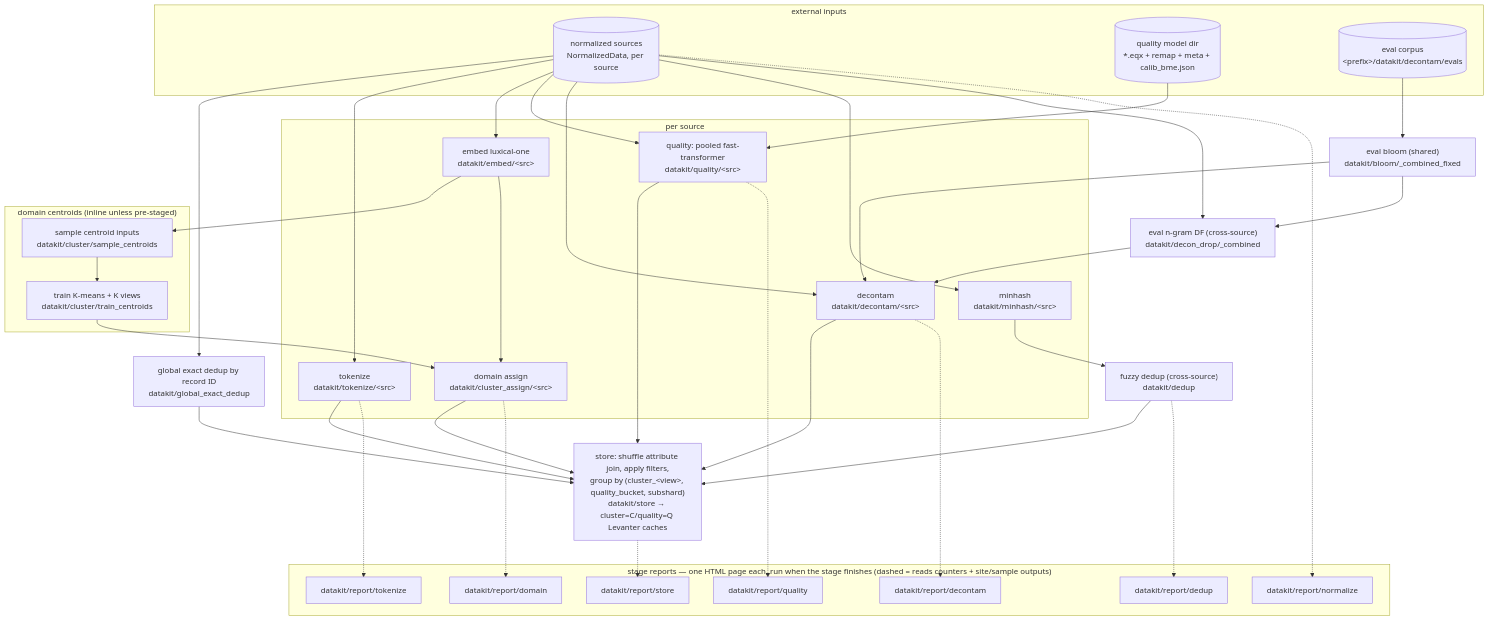
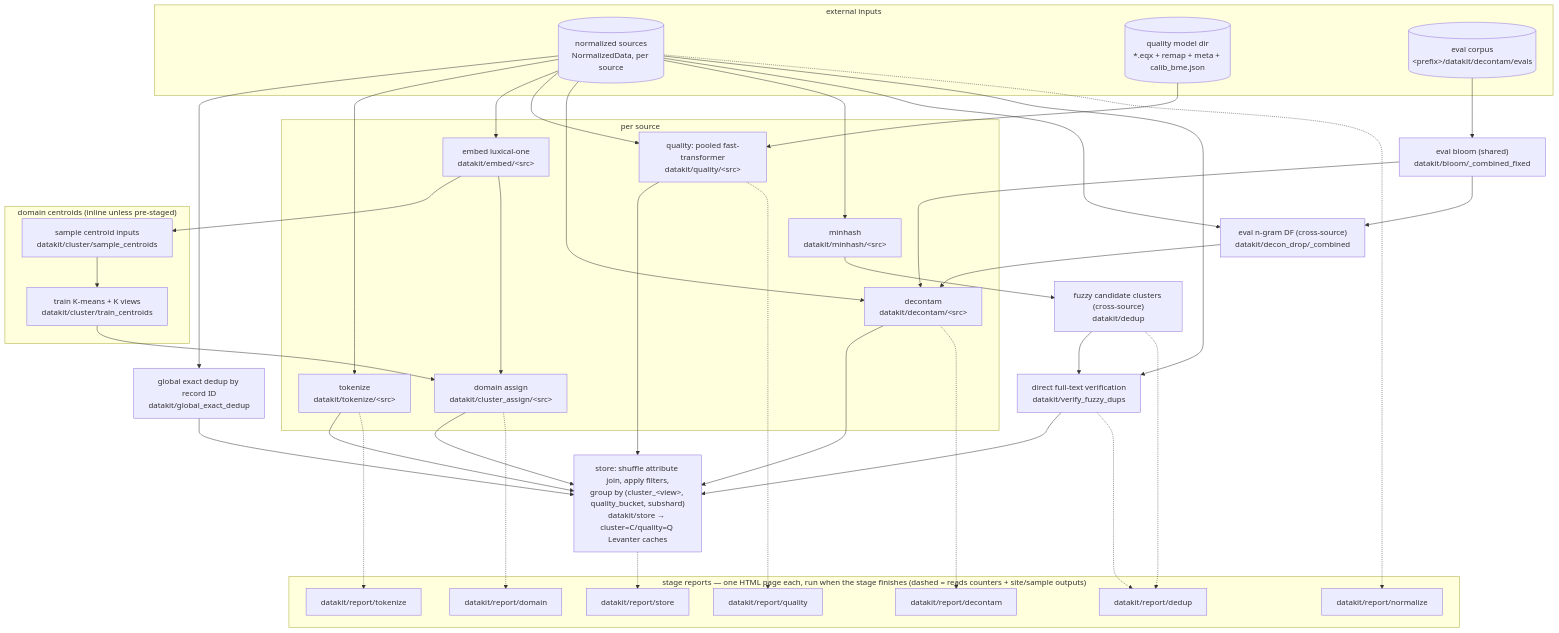
One commit to marin-community/marin changed the diagram in experiments/datakit/README.md. Above: the diagram before and after it, drawn with Mermaid. The commit also changed other lines of this file and 18 other files, not shown here.

First line of the commit message:
[datakit] Verify fuzzy duplicate candidates against text

````diff
--- a/experiments/datakit/README.md
+++ b/experiments/datakit/README.md
@@ -63,66 +67,70 @@
 ```mermaid
 flowchart TD
     subgraph inputs["external inputs"]
         SRC[("normalized sources<br/>NormalizedData, per source")]
         MODEL[("quality model dir<br/>*.eqx + remap + meta + calib_bme.json")]
         EVALS[("eval corpus<br/>&lt;prefix&gt;/datakit/decontam/evals")]
     end
 
     subgraph per_source["per source"]
         TOK["tokenize<br/>datakit/tokenize/&lt;src&gt;"]
         EMB["embed luxical-one<br/>datakit/embed/&lt;src&gt;"]
         ASG["domain assign<br/>datakit/cluster_assign/&lt;src&gt;"]
         QUAL["quality: pooled fast-transformer<br/>datakit/quality/&lt;src&gt;"]
         DECON["decontam<br/>datakit/decontam/&lt;src&gt;"]
         MH["minhash<br/>datakit/minhash/&lt;src&gt;"]
     end
 
     subgraph domain_model["domain centroids (inline unless pre-staged)"]
         SAMP["sample centroid inputs<br/>datakit/cluster/sample_centroids"]
         KM["train K-means + K views<br/>datakit/cluster/train_centroids"]
     end
 
     BLOOM["eval bloom (shared)<br/>datakit/bloom/_combined_fixed"]
     DF["eval n-gram DF (cross-source)<br/>datakit/decon_drop/_combined"]
     EXACT["global exact dedup by record ID<br/>datakit/global_exact_dedup"]
-    DEDUP["fuzzy dedup (cross-source)<br/>datakit/dedup"]
+    DEDUP["fuzzy candidate clusters (cross-source)<br/>datakit/dedup"]
+    VERIFY["direct full-text verification<br/>datakit/verify_fuzzy_dups"]
     STORE["store: shuffle attribute join, apply filters,<br/>group by (cluster_&lt;view&gt;, quality_bucket, subshard)<br/>datakit/store → cluster=C/quality=Q Levanter caches"]
 
     SRC --> EXACT
     SRC --> TOK
     SRC --> EMB
     SRC --> QUAL
     SRC --> DECON
     SRC --> MH
     MODEL --> QUAL
     EVALS --> BLOOM --> DF --> DECON
     SRC --> DF
     BLOOM --> DECON
     EMB --> SAMP --> KM --> ASG
     EMB --> ASG
     MH --> DEDUP
+    SRC --> VERIFY
+    DEDUP --> VERIFY
     TOK --> STORE
     ASG --> STORE
     QUAL --> STORE
     DECON --> STORE
     EXACT --> STORE
-    DEDUP --> STORE
+    VERIFY --> STORE
 
     subgraph reports["stage reports — one HTML page each, run when the stage finishes (dashed = reads counters + site/sample outputs)"]
         RN["datakit/report/normalize"]
         RT["datakit/report/tokenize"]
         RQ["datakit/report/quality"]
         RD["datakit/report/domain"]
         RC["datakit/report/decontam"]
         RU["datakit/report/dedup"]
         RS["datakit/report/store"]
     end
 
     SRC -.-> RN
     TOK -.-> RT
     QUAL -.-> RQ
     ASG -.-> RD
     DECON -.-> RC
     DEDUP -.-> RU
+    VERIFY -.-> RU
     STORE -.-> RS
 ```
````
